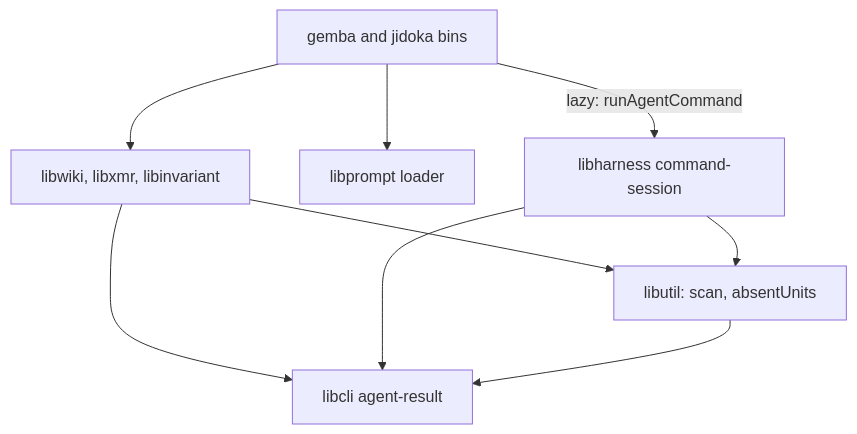
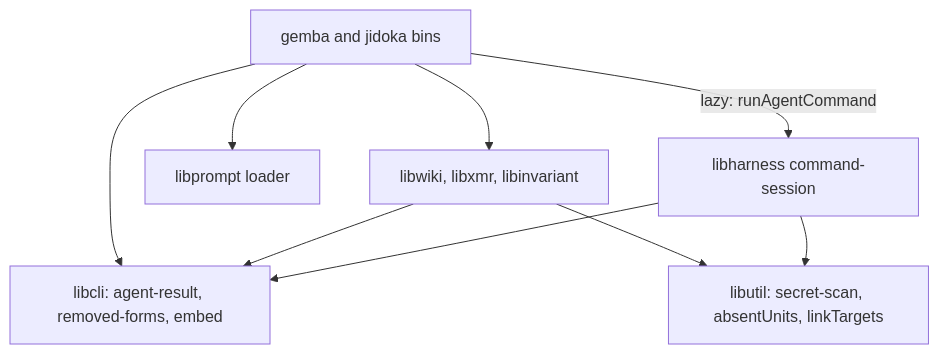
Before and after one commit to forwardimpact/monorepo: the first of 2 diagrams in specs/2410-agent-backed-commands/design-a.md, drawn with Mermaid. The commit also changed other lines of this file and 1 other file, not shown here.

````diff
--- a/specs/2410-agent-backed-commands/design-a.md
+++ b/specs/2410-agent-backed-commands/design-a.md
@@ -28,11 +31,11 @@
 ```mermaid
 graph TD
     B["gemba and jidoka bins"] -->|"lazy: runAgentCommand"| H["libharness command-session"]
+    B --> F["libcli: agent-result, removed-forms, embed"]
     B --> P["libprompt loader"]
     B --> D["libwiki, libxmr, libinvariant"]
-    D --> C["libcli agent-result"]
-    D --> U["libutil: scan, absentUnits"]
-    H --> C
+    D --> F
+    D --> U["libutil: secret-scan, absentUnits, linkTargets"]
+    H --> F
     H --> U
-    U --> C
 ```
````
